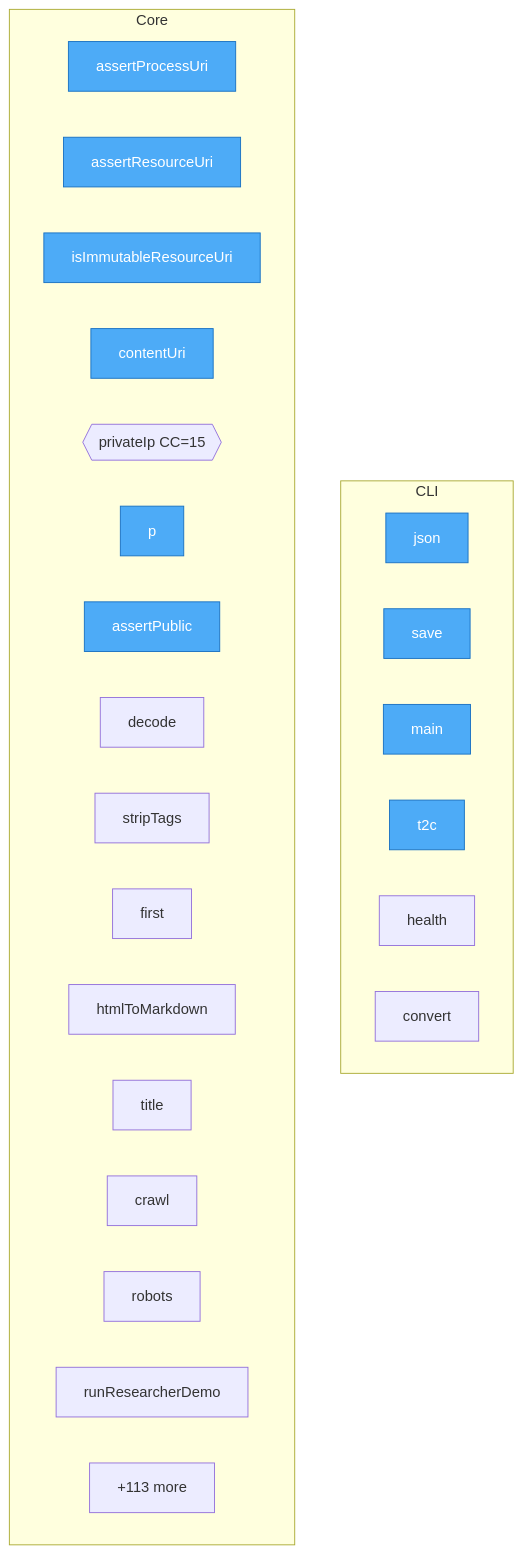
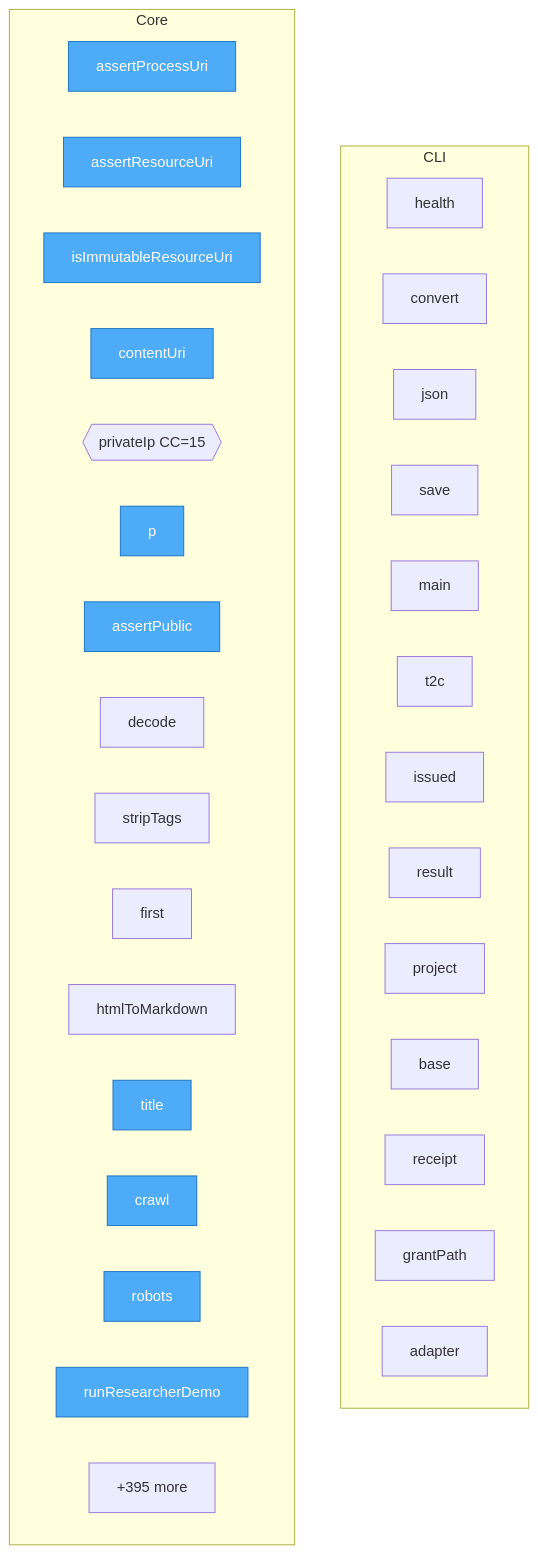
The diagram in project/flow.mmd (bioxfoundry/twin-dsl), drawn with Mermaid before and after one commit. The commit also changed 29 other files, not shown here.

```diff
--- a/project/flow.mmd
+++ b/project/flow.mmd
@@ -1,35 +1,42 @@
 flowchart TD
-%% generated in 0.00s
+%% generated in 0.01s
 
     %% Entry points (blue)
     classDef entry fill:#4dabf7,stroke:#1971c2,color:#fff
 
     subgraph CLI
+        deploy__docling__server__health["health"]
+        deploy__docling__server__convert["convert"]
         src__cli__main__json["json"]
         src__cli__main__save["save"]
         src__cli__main__main["main"]
         src__cli__main__t2c["t2c"]
-        deploy__docling__server__health["health"]
-        deploy__docling__server__convert["convert"]
+        src__cli__main__issued["issued"]
+        src__cli__main__result["result"]
+        src__cli__main__project["project"]
+        src__cli__main__base["base"]
+        src__cli__main__receipt["receipt"]
+        src__cli__main__grantPath["grantPath"]
+        src__cli__main__adapter["adapter"]
     end
 
     subgraph Core
         src__core__uri__assertProcessUri["assertProcessUri"]
         src__core__uri__assertResourceUri["assertResourceUri"]
         src__core__uri__isImmutableResourceUri["isImmutableResourceUri"]
         src__core__canonical__contentUri["contentUri"]
         src__research__crawler__privateIp{{privateIp CC=15}}
         src__research__crawler__p["p"]
         src__research__crawler__assertPublic["assertPublic"]
         src__research__crawler__decode["decode"]
         src__research__crawler__stripTags["stripTags"]
         src__research__crawler__first["first"]
         src__research__crawler__htmlToMarkdown["htmlToMarkdown"]
         src__research__crawler__title["title"]
         src__research__crawler__DqlCrawler__crawl["crawl"]
         src__research__crawler__DqlCrawler__robots["robots"]
         src__research__researcher__runResearcherDemo["runResearcherDemo"]
-        ...["+113 more"]
+        ...["+395 more"]
     end
 
-    class src__core__uri__assertProcessUri,src__core__uri__assertResourceUri,src__core__uri__isImmutableResourceUri,src__core__canonical__contentUri,src__cli__main__json,src__cli__main__save,src__cli__main__main,src__cli__main__t2c,src__research__crawler__p,src__research__crawler__assertPublic entry
+    class src__core__uri__assertProcessUri,src__core__uri__assertResourceUri,src__core__uri__isImmutableResourceUri,src__core__canonical__contentUri,src__research__crawler__p,src__research__crawler__assertPublic,src__research__crawler__title,src__research__crawler__DqlCrawler__crawl,src__research__crawler__DqlCrawler__robots,src__research__researcher__runResearcherDemo entry
```
